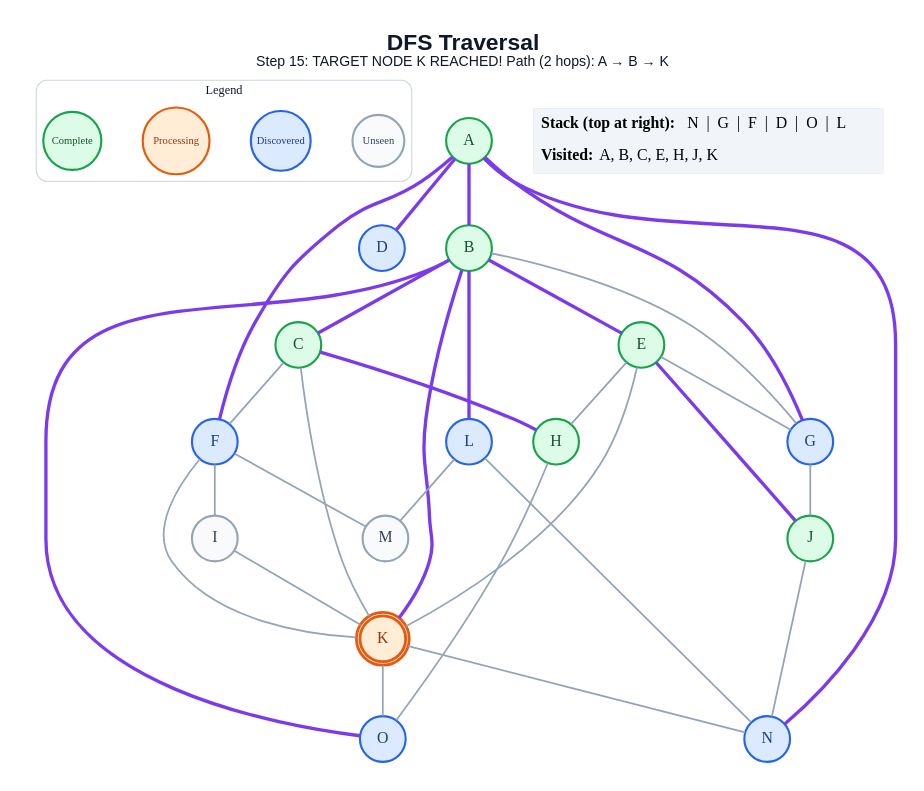
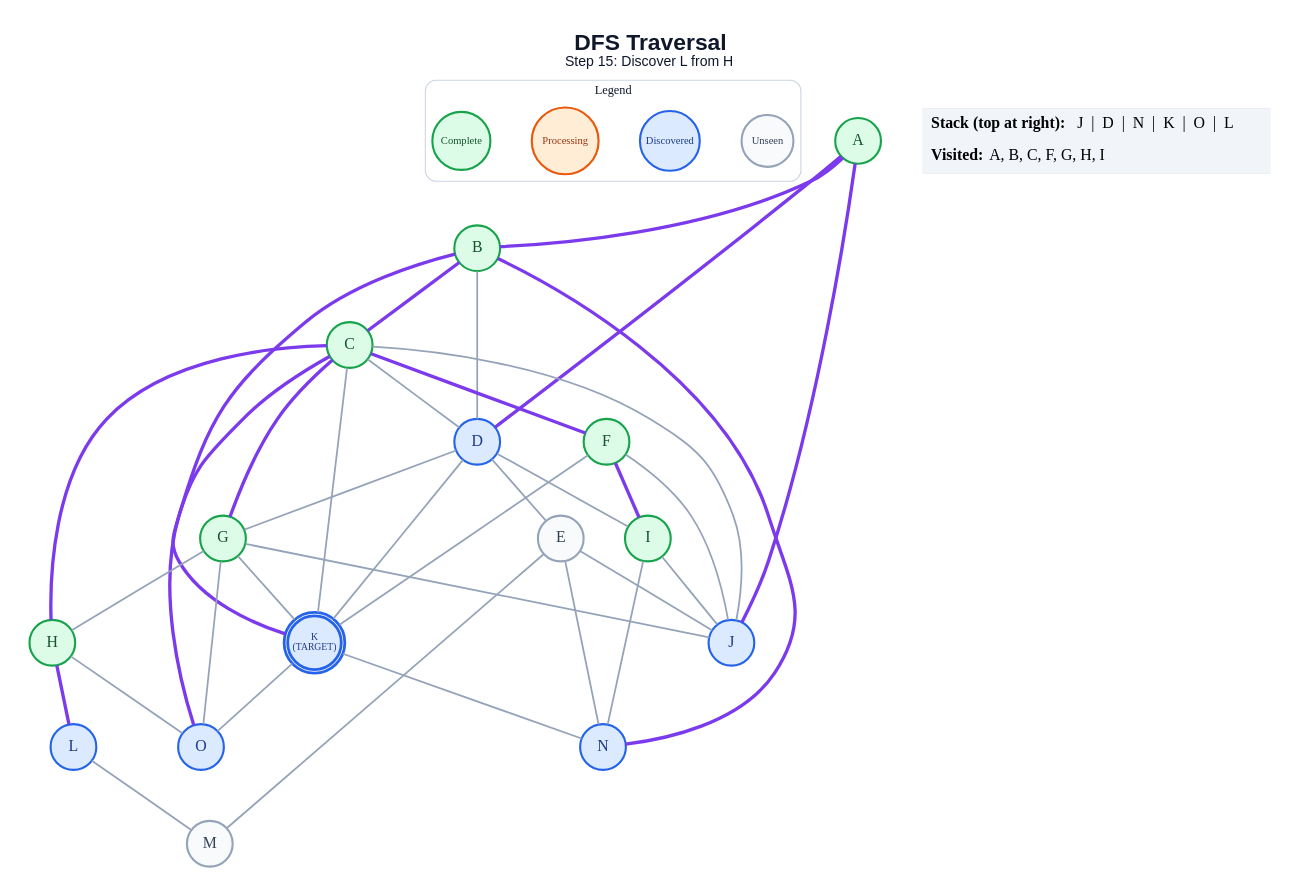
The diagram in generated/dfs/step_15.dot (anon7238593-create/ai-slop), drawn with Graphviz before and after one commit. The commit also changed 213 other files, not shown here.

```diff
--- a/generated/dfs/step_15.dot
+++ b/generated/dfs/step_15.dot
@@ -1,63 +1,69 @@
 graph traversal {
   graph [layout=dot, rankdir=TB, bgcolor="#FFFFFF", pad="0.35", nodesep="0.65", ranksep="0.8", fontname="Arial"];
   node [shape=circle, style="filled", fontname="Arial Bold", fontsize=18, width=0.72, fixedsize=true, penwidth=2.4];
   edge [color="#94A3B8", penwidth=2.0];
-  label=<<B>DFS Traversal</B><BR/><FONT POINT-SIZE="16">Step 15: TARGET NODE K REACHED! Path (2 hops): A → B → K</FONT>>; labelloc="t"; fontsize=26; fontname="Arial"; fontcolor="#0F172A";
+  label=<<B>DFS Traversal</B><BR/><FONT POINT-SIZE="16">Step 15: Discover L from H</FONT>>; labelloc="t"; fontsize=26; fontname="Arial"; fontcolor="#0F172A";
   subgraph cluster_legend { label="Legend"; color="#CBD5E1"; penwidth=1.2; style="rounded"; fontsize=14; fontname="Arial Bold";
     key_unseen [label="Unseen", fillcolor="#F8FAFC", color="#94A3B8", fontcolor="#334155", fontsize=12, width=0.82];
     key_frontier [label="Discovered", fillcolor="#DBEAFE", color="#2563EB", fontcolor="#1E3A8A", fontsize=12, width=0.95];
     key_current [label="Processing", fillcolor="#FFEDD5", color="#EA580C", fontcolor="#9A3412", fontsize=12, width=1.05];
     key_done [label="Complete", fillcolor="#DCFCE7", color="#16A34A", fontcolor="#14532D", fontsize=12, width=0.92];
     { rank=same; key_unseen; key_frontier; key_current; key_done; }
   }
   A [label="A", fillcolor="#DCFCE7", color="#16A34A", fontcolor="#14532D", peripheries=1, penwidth=2.4];
   B [label="B", fillcolor="#DCFCE7", color="#16A34A", fontcolor="#14532D", peripheries=1, penwidth=2.4];
   C [label="C", fillcolor="#DCFCE7", color="#16A34A", fontcolor="#14532D", peripheries=1, penwidth=2.4];
   D [label="D", fillcolor="#DBEAFE", color="#2563EB", fontcolor="#1E3A8A", peripheries=1, penwidth=2.4];
-  E [label="E", fillcolor="#DCFCE7", color="#16A34A", fontcolor="#14532D", peripheries=1, penwidth=2.4];
-  F [label="F", fillcolor="#DBEAFE", color="#2563EB", fontcolor="#1E3A8A", peripheries=1, penwidth=2.4];
-  G [label="G", fillcolor="#DBEAFE", color="#2563EB", fontcolor="#1E3A8A", peripheries=1, penwidth=2.4];
+  E [label="E", fillcolor="#F8FAFC", color="#94A3B8", fontcolor="#334155", peripheries=1, penwidth=2.4];
+  F [label="F", fillcolor="#DCFCE7", color="#16A34A", fontcolor="#14532D", peripheries=1, penwidth=2.4];
+  G [label="G", fillcolor="#DCFCE7", color="#16A34A", fontcolor="#14532D", peripheries=1, penwidth=2.4];
   H [label="H", fillcolor="#DCFCE7", color="#16A34A", fontcolor="#14532D", peripheries=1, penwidth=2.4];
-  I [label="I", fillcolor="#F8FAFC", color="#94A3B8", fontcolor="#334155", peripheries=1, penwidth=2.4];
-  J [label="J", fillcolor="#DCFCE7", color="#16A34A", fontcolor="#14532D", peripheries=1, penwidth=2.4];
-  K [label="K", fillcolor="#FFEDD5", color="#EA580C", fontcolor="#9A3412", peripheries=2, penwidth=3.2];
+  I [label="I", fillcolor="#DCFCE7", color="#16A34A", fontcolor="#14532D", peripheries=1, penwidth=2.4];
+  J [label="J", fillcolor="#DBEAFE", color="#2563EB", fontcolor="#1E3A8A", peripheries=1, penwidth=2.4];
+  K [label="K\n(TARGET)", fillcolor="#DBEAFE", color="#2563EB", fontcolor="#1E3A8A", peripheries=2, penwidth=3.2, fontsize=11, width=0.85, height=0.85];
   L [label="L", fillcolor="#DBEAFE", color="#2563EB", fontcolor="#1E3A8A", peripheries=1, penwidth=2.4];
   M [label="M", fillcolor="#F8FAFC", color="#94A3B8", fontcolor="#334155", peripheries=1, penwidth=2.4];
   N [label="N", fillcolor="#DBEAFE", color="#2563EB", fontcolor="#1E3A8A", peripheries=1, penwidth=2.4];
   O [label="O", fillcolor="#DBEAFE", color="#2563EB", fontcolor="#1E3A8A", peripheries=1, penwidth=2.4];
   A -- B [color="#7C3AED", penwidth=3.8];
   A -- D [color="#7C3AED", penwidth=3.8];
-  A -- F [color="#7C3AED", penwidth=3.8];
-  A -- G [color="#7C3AED", penwidth=3.8];
-  A -- N [color="#7C3AED", penwidth=3.8];
+  A -- J [color="#7C3AED", penwidth=3.8];
   B -- C [color="#7C3AED", penwidth=3.8];
-  B -- E [color="#7C3AED", penwidth=3.8];
-  B -- G;
+  B -- D;
   B -- K [color="#7C3AED", penwidth=3.8];
-  B -- L [color="#7C3AED", penwidth=3.8];
-  B -- O [color="#7C3AED", penwidth=3.8];
-  C -- F;
+  B -- N [color="#7C3AED", penwidth=3.8];
+  C -- D;
+  C -- F [color="#7C3AED", penwidth=3.8];
+  C -- G [color="#7C3AED", penwidth=3.8];
   C -- H [color="#7C3AED", penwidth=3.8];
+  C -- J;
   C -- K;
-  E -- G;
-  E -- H;
-  E -- J [color="#7C3AED", penwidth=3.8];
-  E -- K;
-  F -- I;
+  C -- O [color="#7C3AED", penwidth=3.8];
+  D -- E;
+  D -- G;
+  D -- I;
+  D -- K;
+  E -- J;
+  E -- M;
+  E -- N;
+  F -- I [color="#7C3AED", penwidth=3.8];
+  F -- J;
   F -- K;
-  F -- M;
+  G -- H;
   G -- J;
+  G -- K;
+  G -- O;
+  H -- L [color="#7C3AED", penwidth=3.8];
   H -- O;
-  I -- K;
-  J -- N;
+  I -- J;
+  I -- N;
   K -- N;
   K -- O;
   L -- M;
-  L -- N;
   status [shape=plain, fixedsize=false, width=0, height=0, margin=0, label=<
     <TABLE BORDER="0" CELLBORDER="0" CELLPADDING="7" BGCOLOR="#F1F5F9">
-      <TR><TD ALIGN="LEFT"><B>Stack (top at right):</B> N  |  G  |  F  |  D  |  O  |  L</TD></TR>
-      <TR><TD ALIGN="LEFT"><B>Visited:</B> A, B, C, E, H, J, K</TD></TR>
+      <TR><TD ALIGN="LEFT"><B>Stack (top at right):</B> J  |  D  |  N  |  K  |  O  |  L</TD></TR>
+      <TR><TD ALIGN="LEFT"><B>Visited:</B> A, B, C, F, G, H, I</TD></TR>
     </TABLE>
   >];
 }
```
